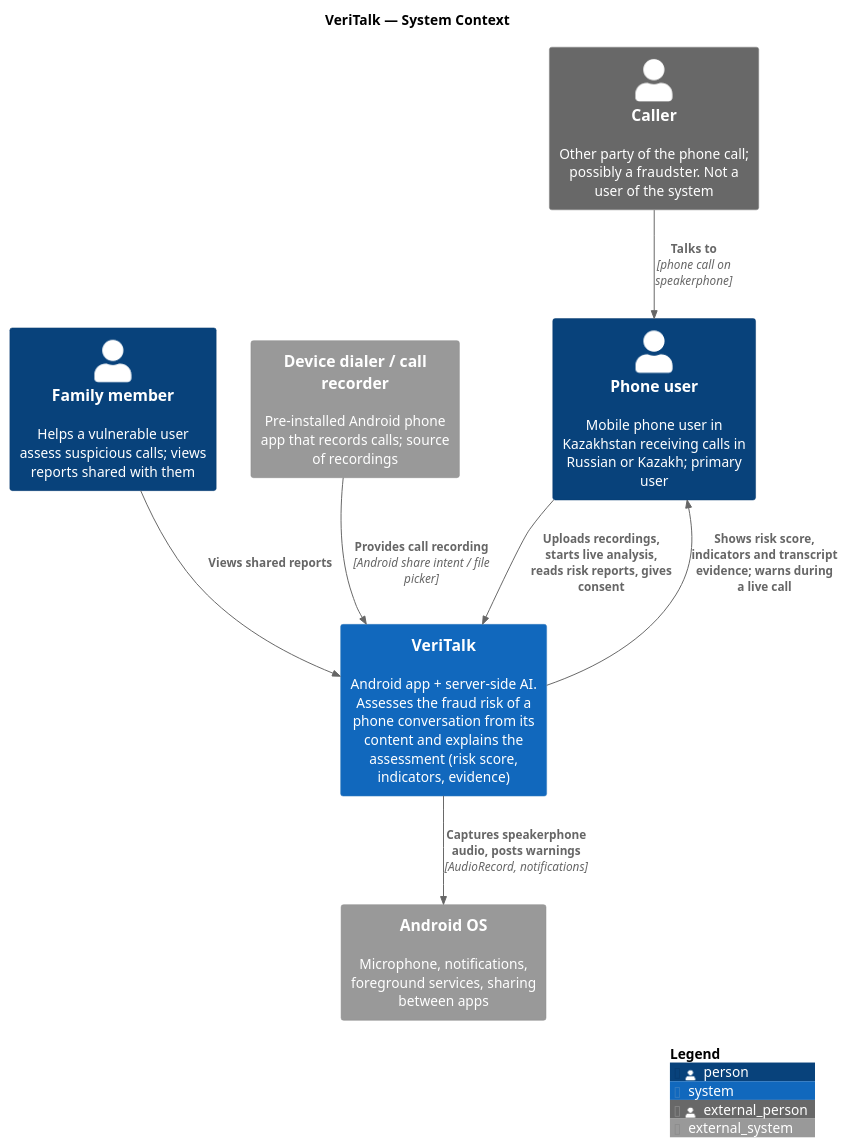
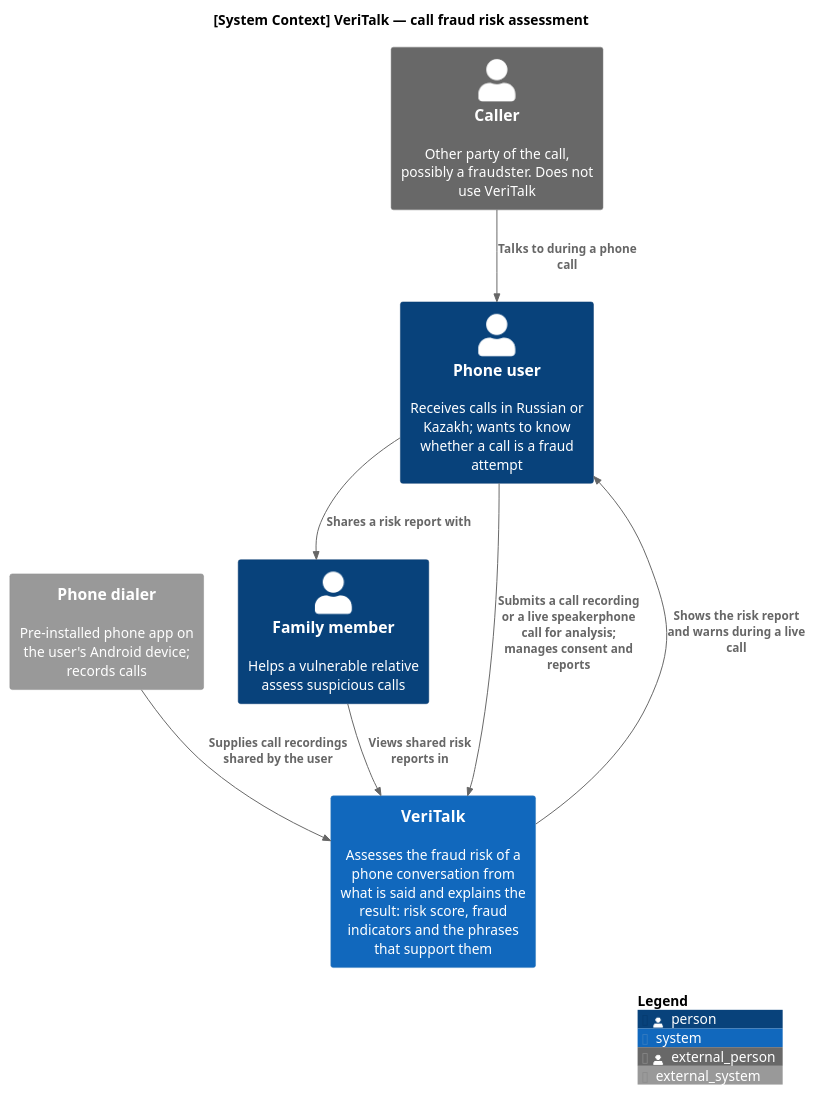
One commit to NikAlexan/veritalk changed the diagram in diagrams/01-system-context.puml. Above: the diagram before and after it, drawn with PlantUML. The commit also changed 12 other files, not shown here.

First line of the commit message:
VRT-8-architecture-diagrams - Revise diagrams to follow C4 and UML guidelines

```diff
--- a/diagrams/01-system-context.puml
+++ b/diagrams/01-system-context.puml
@@ -1,25 +1,24 @@
-@startuml system-context
+@startuml
 ' VRT-8: System context diagram (C4 level 1)
-' Source of truth for diagrams/01-system-context.svg / .png
+' Scope: the VeriTalk software system. Technologies are intentionally omitted (see 04-container).
 !include <C4/C4_Context>
 
-title VeriTalk — System Context
+title [System Context] VeriTalk — call fraud risk assessment
 
-Person(user, "Phone user", "Mobile phone user in Kazakhstan receiving calls in Russian or Kazakh; primary user")
-Person(family, "Family member", "Helps a vulnerable user assess suspicious calls; views reports shared with them")
-Person_Ext(caller, "Caller", "Other party of the phone call; possibly a fraudster. Not a user of the system")
+Person(user, "Phone user", "Receives calls in Russian or Kazakh; wants to know whether a call is a fraud attempt")
+Person(family, "Family member", "Helps a vulnerable relative assess suspicious calls")
+Person_Ext(caller, "Caller", "Other party of the call, possibly a fraudster. Does not use VeriTalk")
 
-System(veritalk, "VeriTalk", "Android app + server-side AI. Assesses the fraud risk of a phone conversation from its content and explains the assessment (risk score, indicators, evidence)")
+System(veritalk, "VeriTalk", "Assesses the fraud risk of a phone conversation from what is said and explains the result: risk score, fraud indicators and the phrases that support them")
 
-System_Ext(dialer, "Device dialer / call recorder", "Pre-installed Android phone app that records calls; source of recordings")
-System_Ext(android, "Android OS", "Microphone, notifications, foreground services, sharing between apps")
+System_Ext(dialer, "Phone dialer", "Pre-installed phone app on the user's Android device; records calls")
 
-Rel(caller, user, "Talks to", "phone call on speakerphone")
-Rel(user, veritalk, "Uploads recordings, starts live analysis, reads risk reports, gives consent")
-Rel(veritalk, user, "Shows risk score, indicators and transcript evidence; warns during a live call")
-Rel(family, veritalk, "Views shared reports")
-Rel(dialer, veritalk, "Provides call recording", "Android share intent / file picker")
-Rel(veritalk, android, "Captures speakerphone audio, posts warnings", "AudioRecord, notifications")
+Rel(caller, user, "Talks to during a phone call")
+Rel(user, veritalk, "Submits a call recording or a live speakerphone call for analysis; manages consent and reports")
+Rel(veritalk, user, "Shows the risk report and warns during a live call")
+Rel(dialer, veritalk, "Supplies call recordings shared by the user")
+Rel(user, family, "Shares a risk report with")
+Rel(family, veritalk, "Views shared risk reports in")
 
 SHOW_LEGEND()
 @enduml
```
